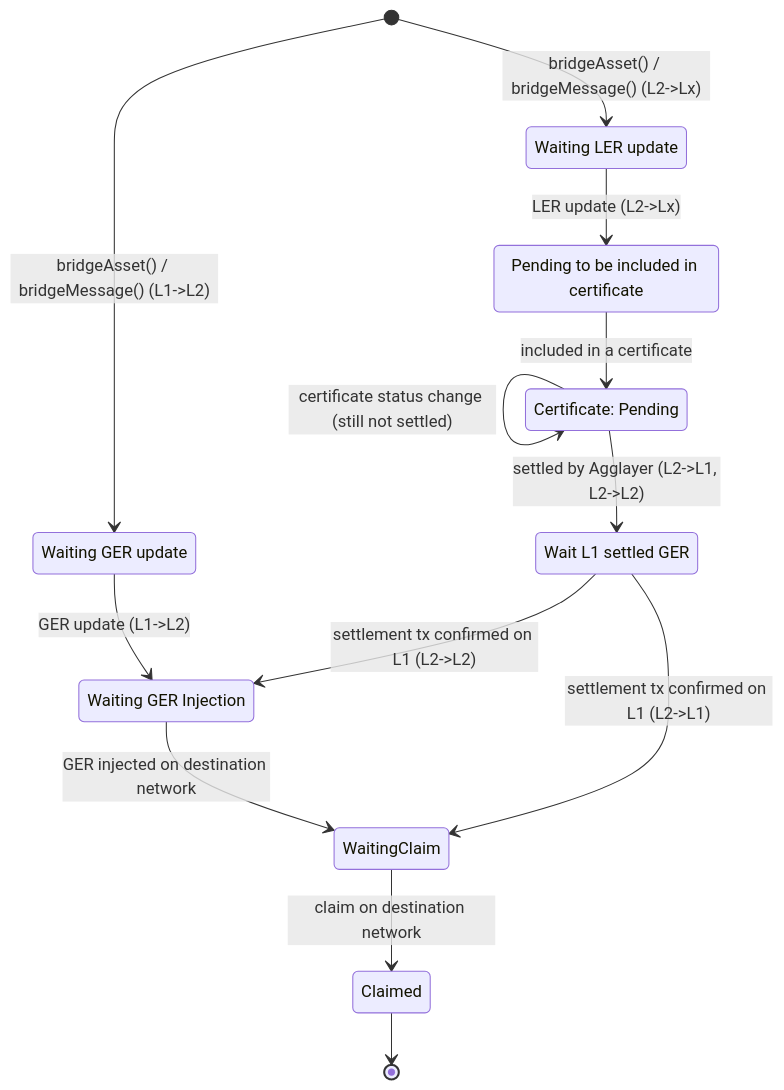
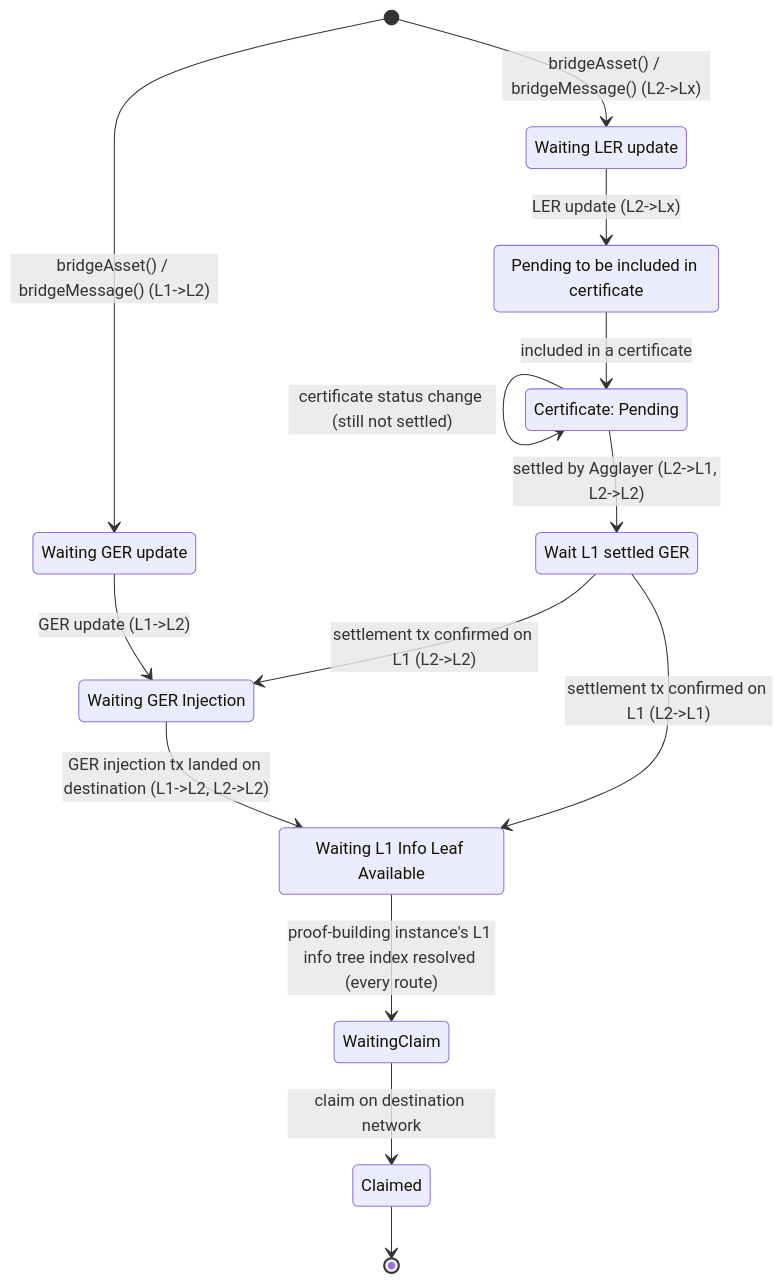
One commit to agglayer/aggkit changed the first of 4 diagrams in docs/bridgetracker/README.md. Above: the diagram before and after it, drawn with Mermaid. The commit also changed other lines of this file and 30 other files, not shown here.

````diff
--- a/docs/bridgetracker/README.md
+++ b/docs/bridgetracker/README.md
@@ -16,23 +18,25 @@
 ```mermaid
 stateDiagram-v2
     state "Waiting GER update" as WaitingGERUpdate
     state "Waiting LER update" as WaitingLERUpdate
     state "Pending to be included in certificate" as PendingInclusion
     state "Certificate: Pending" as CertPending
     state "Wait L1 settled GER" as WaitL1SettledGER
+    state "Waiting L1 Info Leaf Available" as WaitingL1InfoLeafAvailable
     state " Waiting GER Injection" as  WaitingGERInjection
     state "WaitingClaim" as WaitingClaim
 
     [*] --> WaitingGERUpdate: bridgeAsset() / bridgeMessage() (L1->L2)
     [*] --> WaitingLERUpdate: bridgeAsset() / bridgeMessage() (L2->Lx)
     WaitingLERUpdate --> PendingInclusion: LER update (L2->Lx)
     WaitingGERUpdate --> WaitingGERInjection: GER update (L1->L2)
     PendingInclusion --> CertPending: included in a certificate
     CertPending --> CertPending: certificate status change (still not settled)
     CertPending --> WaitL1SettledGER: settled by Agglayer (L2->L1, L2->L2)
     WaitL1SettledGER --> WaitingGERInjection: settlement tx confirmed on L1 (L2->L2)
-    WaitL1SettledGER --> WaitingClaim: settlement tx confirmed on L1 (L2->L1)
-     WaitingGERInjection --> WaitingClaim: GER injected on destination network
+    WaitL1SettledGER --> WaitingL1InfoLeafAvailable: settlement tx confirmed on L1 (L2->L1)
+    WaitingGERInjection --> WaitingL1InfoLeafAvailable: GER injection tx landed on destination (L1->L2, L2->L2)
+    WaitingL1InfoLeafAvailable --> WaitingClaim: proof-building instance's L1 info tree index resolved (every route)
     WaitingClaim --> Claimed: claim on destination network
     Claimed --> [*]
 ```
````
